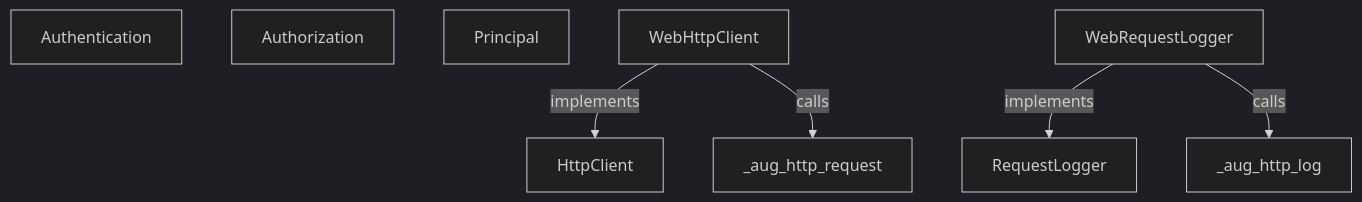
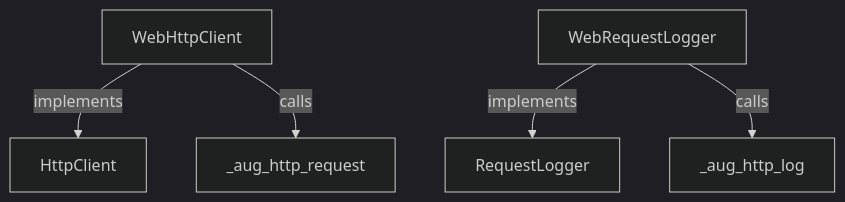
The first of 6 diagrams in docs/examples/oidc-login/dependencies/packages/@git/url_897efafd565158fc4908/0.0.0-git.a39fc582565d4fca40be4f75fa304d71adc69301/contracts-diagrams.md (GreenPandaStudios/augscript), drawn with Mermaid (dark theme) before and after one commit. The commit also changed other lines of this file and 304 other files, not shown here.

Commit message:
Make generated data-flow sequences concise and review every diagram

````diff
--- a/docs/examples/oidc-login/dependencies/packages/@git/url_897efafd565158fc4908/0.0.0-git.a39fc582565d4fca40be4f75fa304d71adc69301/contracts-diagrams.md
+++ b/docs/examples/oidc-login/dependencies/packages/@git/url_897efafd565158fc4908/0.0.0-git.a39fc582565d4fca40be4f75fa304d71adc69301/contracts-diagrams.md
@@ -19,16 +19,13 @@
 ```mermaid
 flowchart TD
-    n0["Authentication"]
-    n1["Authorization"]
-    n2["HttpClient"]
-    n3["Principal"]
-    n4["RequestLogger"]
-    n5["WebHttpClient"]
-    n6["WebRequestLogger"]
-    n7["_aug_http_log"]
-    n8["_aug_http_request"]
-    n5 -->|"implements"| n2
-    n5 -->|"calls"| n8
-    n6 -->|"implements"| n4
-    n6 -->|"calls"| n7
+    n0["HttpClient"]
+    n1["RequestLogger"]
+    n2["WebHttpClient"]
+    n3["WebRequestLogger"]
+    n4["_aug_http_log"]
+    n5["_aug_http_request"]
+    n2 -->|"implements"| n0
+    n2 -->|"calls"| n5
+    n3 -->|"implements"| n1
+    n3 -->|"calls"| n4
 ```
````
